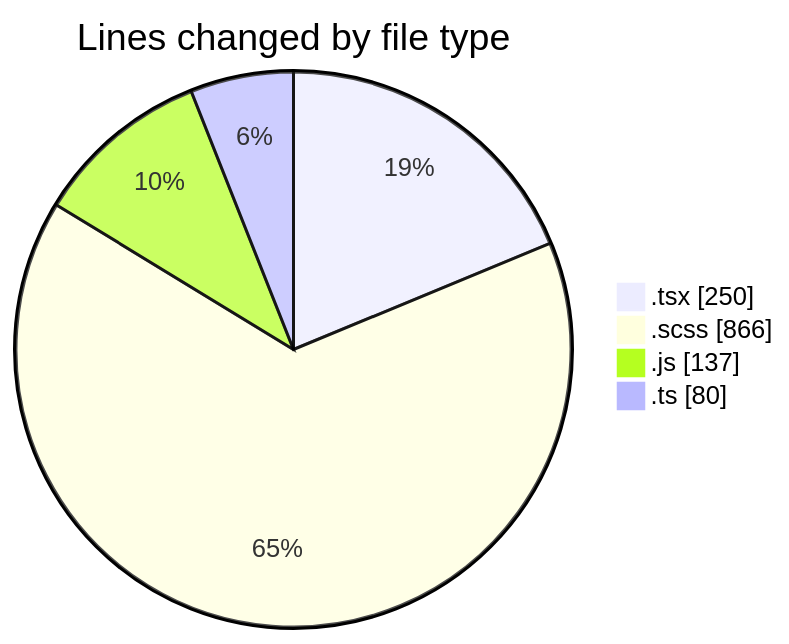
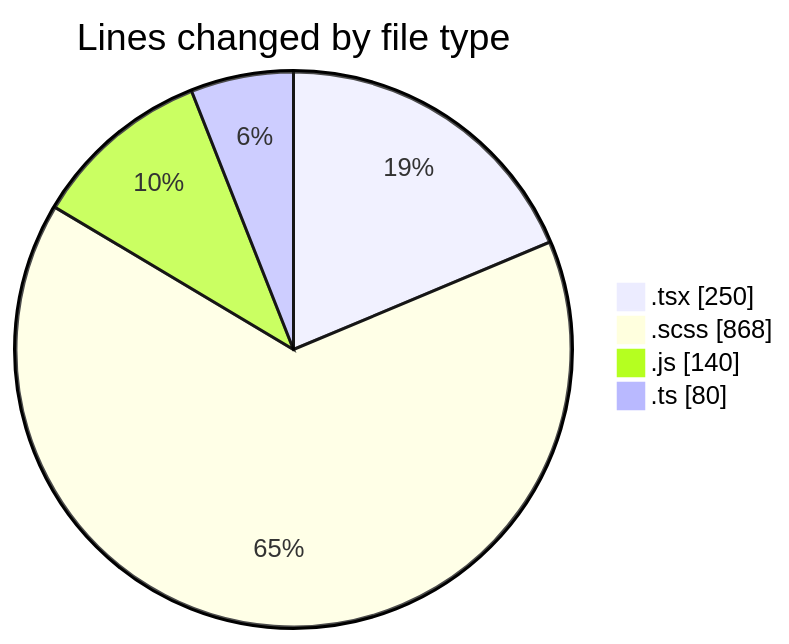
One commit to momahboobian/code-tracking changed the first of 2 diagrams in 2026-03-25/cda/README.md. Above: the diagram before and after it, drawn with Mermaid. The commit also changed other lines of this file and 1 other file, not shown here.

````diff
--- a/2026-03-25/cda/README.md
+++ b/2026-03-25/cda/README.md
@@ -23,8 +23,8 @@
 ```mermaid
 pie showData
 title Lines changed by file type
 ".tsx" : 250
-".scss" : 866
-".js" : 137
+".scss" : 868
+".js" : 140
 ".ts" : 80
 ```
````
